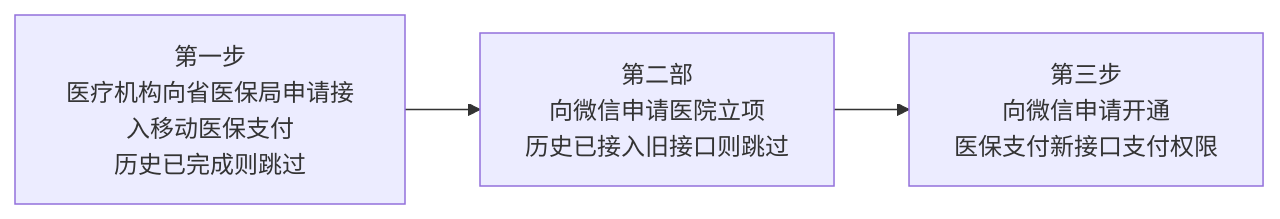
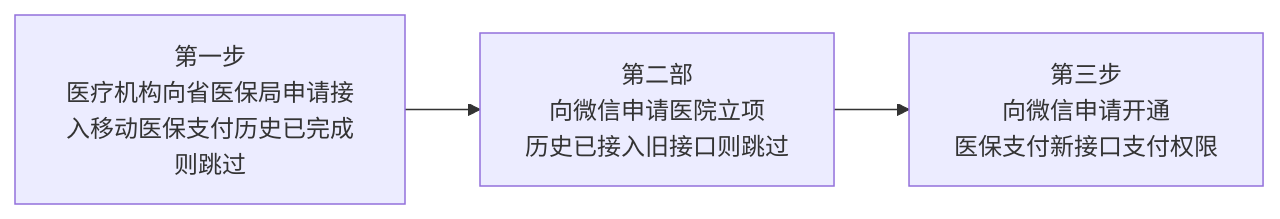
Before and after one commit to minibear2021/wechatpay_docs: the diagram in docs/partner/pages/4016824701.md, drawn with Mermaid. The commit also changed other lines of this file and 46 other files, not shown here.

````diff
--- a/docs/partner/pages/4016824701.md
+++ b/docs/partner/pages/4016824701.md
@@ -13,13 +13,7 @@
 ```mermaid
 flowchart LR
-  A["第一步
-医疗机构向省医保局申请接入移动医保支付
-历史已完成则跳过"] --> B["第二部
-向微信申请医院立项
-历史已接入旧接口则跳过"]
-    C["第三步
-向微信申请开通
-医保支付新接口支付权限"]
+    C["第三步<br/>向微信申请开通<br/>医保支付新接口支付权限"]
+  A["第一步<br/>医疗机构向省医保局申请接入移动医保支付历史已完成则跳过"] --> B["第二部<br/>向微信申请医院立项<br/>历史已接入旧接口则跳过"]
     B --> C
-    A@{ w: 371.9, h: 115.3 }
+    A@{ w: 277.3, h: 105.9 }
 ```
````
